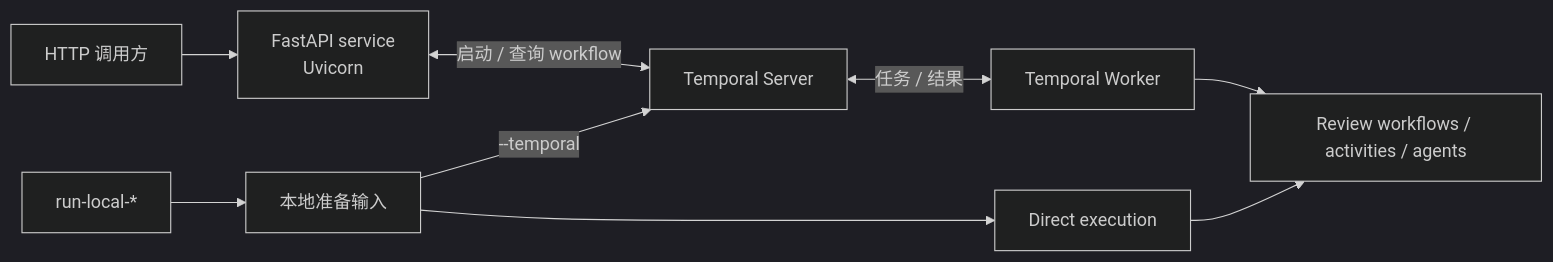
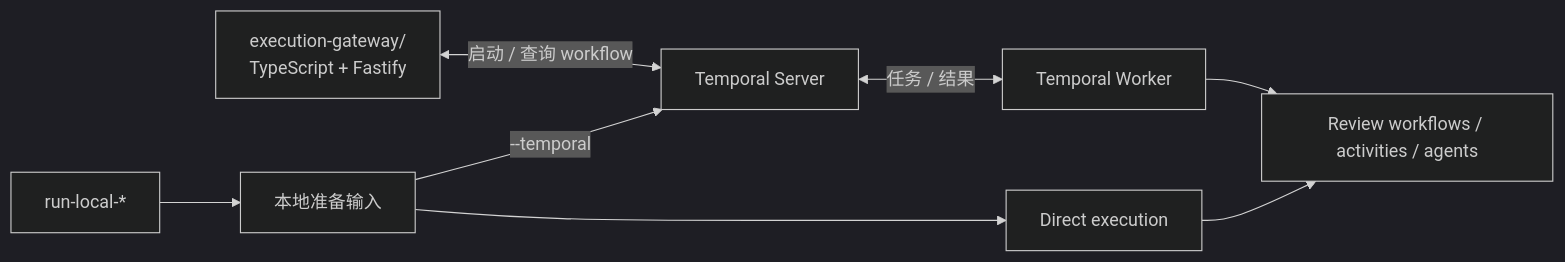
Before and after one commit to Agent-AI-Chalmers/sec-review-bot: the diagram in agents/README.zh.md, drawn with Mermaid (dark theme). The commit also changed other lines of this file and 432 other files, not shown here.

````diff
--- a/agents/README.zh.md
+++ b/agents/README.zh.md
@@ -109,13 +109,12 @@
 ```mermaid
 flowchart LR
-    http["HTTP 调用方"] --> service["FastAPI service<br/>Uvicorn"]
-    service <-->|"启动 / 查询 workflow"| temporal["Temporal Server"]
+    gateway["execution-gateway/<br/>TypeScript + Fastify"] <-->|"启动 / 查询 workflow"| temporal["Temporal Server"]
 
     local["run-local-*"] --> materialize["本地准备输入"]
     materialize --> direct["Direct execution"]
     materialize -->|"--temporal"| temporal
 
     temporal <-->|"任务 / 结果"| worker["Temporal Worker"]
     worker --> execution["Review workflows / activities / agents"]
     direct --> execution
 ```
````
